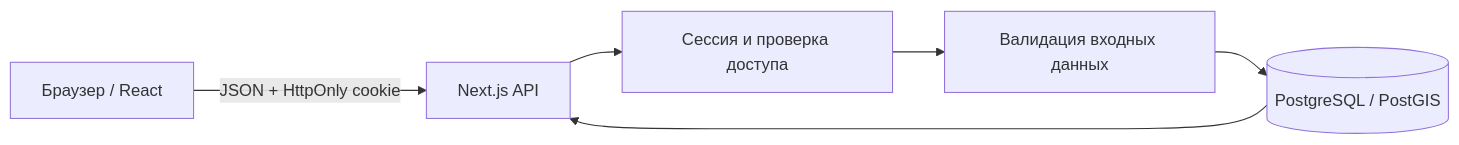
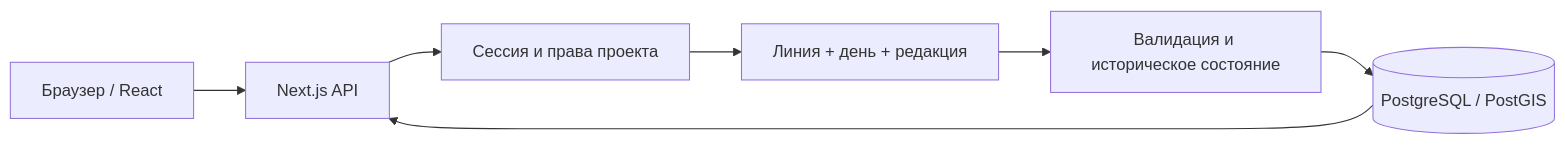
One commit to melonwin9110-code/LORE-STUDIO changed the diagram in docs/ARCHITECTURE.md. Above: the diagram before and after it, drawn with Mermaid. The commit also changed other lines of this file and 39 other files, not shown here.

Commit message:
feat: add historical timelines, calendars and family trees

````diff
--- a/docs/ARCHITECTURE.md
+++ b/docs/ARCHITECTURE.md
@@ -9,8 +9,9 @@
 ```mermaid
 flowchart LR
-    U[Браузер / React] -->|JSON + HttpOnly cookie| A[Next.js API]
-    A --> S[Сессия и проверка доступа]
-    S --> V[Валидация входных данных]
+    U[Браузер / React] --> A[Next.js API]
+    A --> S[Сессия и права проекта]
+    S --> H[Линия + день + редакция]
+    H --> V[Валидация и историческое состояние]
     V --> P[(PostgreSQL / PostGIS)]
     P --> A
 ```
````
